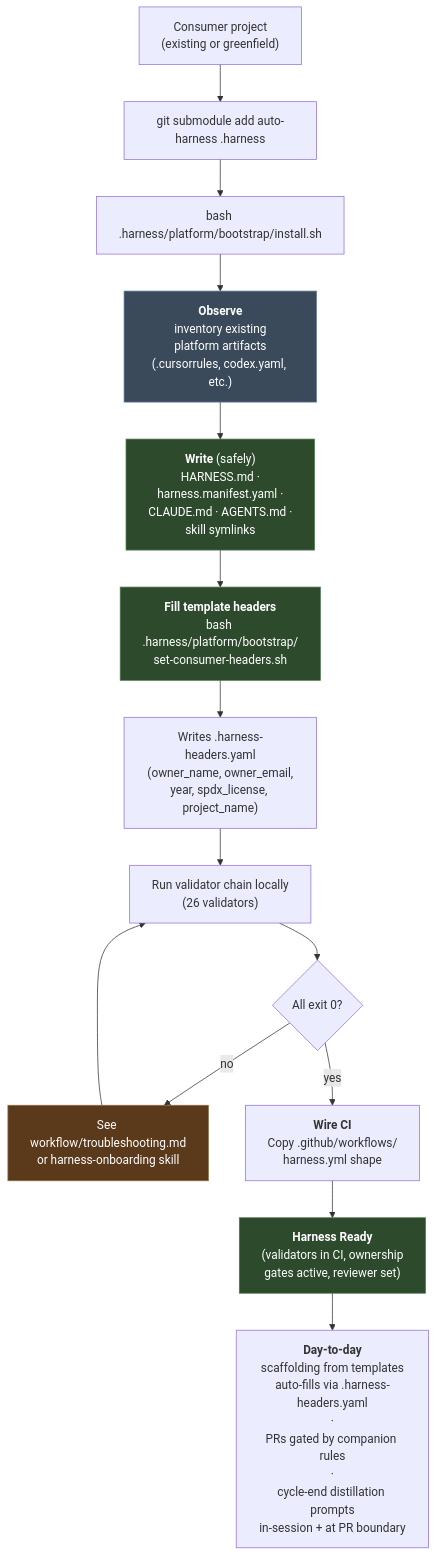
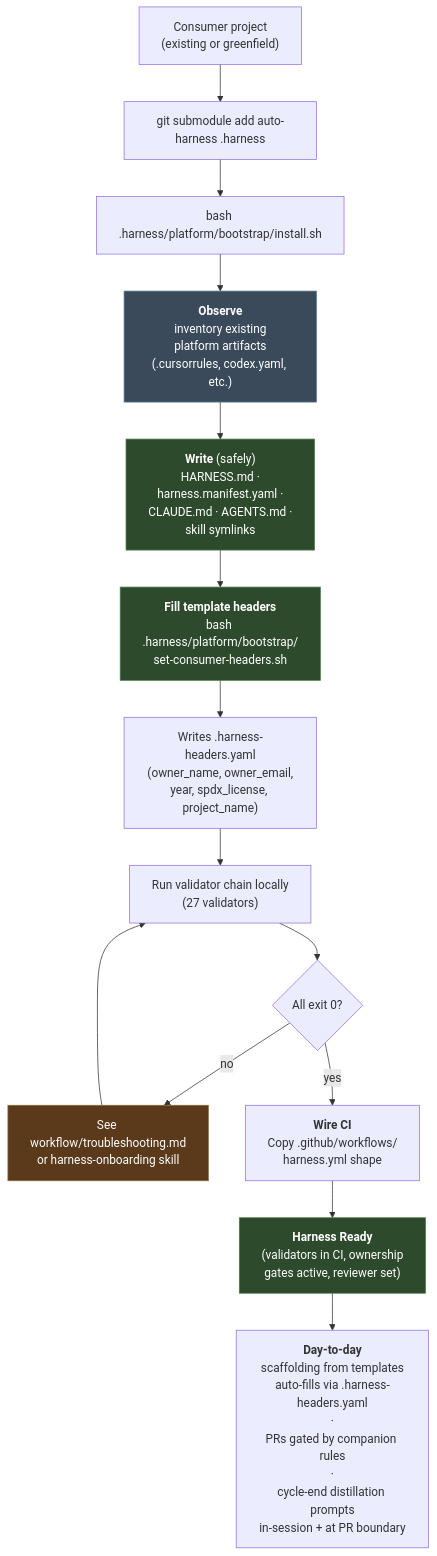
The sixth of 20 diagrams in docs/architecture/diagrams.md (unclenate/auto-harness), drawn with Mermaid before and after one commit. The commit also changed other lines of this file and 20 other files, not shown here.

First line of the commit message:
feat(validators): accept + implement OPP-0061 — validate-agent-bus.sh conformance linter (#204)

````diff
--- a/docs/architecture/diagrams.md
+++ b/docs/architecture/diagrams.md
@@ -351,30 +351,30 @@
 ```mermaid
 flowchart TD
     Start["Consumer project<br/>(existing or greenfield)"]
 
     Start --> Submodule["git submodule add auto-harness .harness"]
     Submodule --> Install["bash .harness/platform/bootstrap/install.sh"]
 
     Install --> Observe["<b>Observe</b><br/>inventory existing<br/>platform artifacts<br/>(.cursorrules, codex.yaml, etc.)"]
     Observe --> Write["<b>Write</b> (safely)<br/>HARNESS.md ·<br/>harness.manifest.yaml ·<br/>CLAUDE.md · AGENTS.md ·<br/>skill symlinks"]
 
     Write --> Headers["<b>Fill template headers</b><br/>bash .harness/platform/bootstrap/<br/>set-consumer-headers.sh"]
     Headers --> Config["Writes .harness-headers.yaml<br/>(owner_name, owner_email,<br/>year, spdx_license, project_name)"]
 
-    Config --> Validate["Run validator chain locally<br/>(26 validators)"]
+    Config --> Validate["Run validator chain locally<br/>(27 validators)"]
     Validate --> Pass{"All exit 0?"}
 
     Pass -->|"no"| Troubleshoot["See workflow/troubleshooting.md<br/>or harness-onboarding skill"]
     Troubleshoot --> Validate
 
     Pass -->|"yes"| CI["<b>Wire CI</b><br/>Copy .github/workflows/<br/>harness.yml shape"]
     CI --> Ready["<b>Harness Ready</b><br/>(validators in CI, ownership<br/>gates active, reviewer set)"]
 
     Ready --> Day2["<b>Day-to-day</b><br/>scaffolding from templates<br/>auto-fills via .harness-headers.yaml<br/>·<br/>PRs gated by companion rules<br/>·<br/>cycle-end distillation prompts<br/>in-session + at PR boundary"]
 
     style Observe fill:#3a4a5a,stroke:#5a7a9a,color:#fff
     style Write fill:#2d4a2d,stroke:#4a7a4a,color:#fff
     style Headers fill:#2d4a2d,stroke:#4a7a4a,color:#fff
     style Ready fill:#2d4a2d,stroke:#4a7a4a,color:#fff
     style Troubleshoot fill:#5a3a1a,stroke:#8a6a3a,color:#fff
 ```
````
